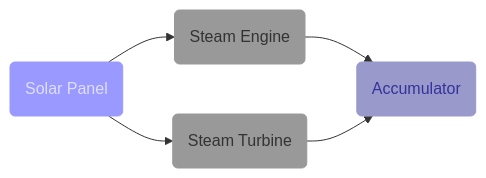
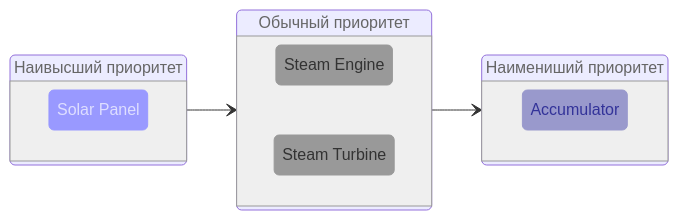
One commit to CanadianBeaver/AwesomeFactorio changed the diagram in docs/PowerProduction/BackupSteamPower.md. Above: the diagram before and after it, drawn with Mermaid. The commit also changed other lines of this file, not shown here.

Commit message:
updated article

````diff
--- a/docs/PowerProduction/BackupSteamPower.md
+++ b/docs/PowerProduction/BackupSteamPower.md
@@ -10,16 +12,36 @@
 ```mermaid
-flowchart LR;
-    Solarpanel(Solar Panel):::solarpanel-->Steamengine(Steam Engine):::steampanel;
-    Solarpanel-->Steamturbine(Steam Turbine):::steampanel;
-    Steamengine-->Accumulator(Accumulator):::accumulatorpanel;
-    Steamturbine-->Accumulator;
-    classDef solarpanel color:#dedeff
-    classDef solarpanel fill:#9999ff
-    classDef solarpanel stroke:#9999ff
-    classDef steampanel color:#333333
-    classDef steampanel fill:#999999
-    classDef steampanel stroke:#999999
-    classDef accumulatorpanel color:#333399
-    classDef accumulatorpanel fill:#9999cc
-    classDef accumulatorpanel stroke:#9999cc
+stateDiagram
+    direction LR
+    First : Наивысший приоритет
+    Second : Обычный приоритет
+    Third : Наимениший приоритет
+    SolarPanel : Solar Panel
+    SteamEngine : Steam Engine
+    SteamTurbine : Steam Turbine
+    Accumulator : Accumulator
+    state First {
+        direction LR
+        SolarPanel
+    }
+    state Second {
+        direction LR
+        SteamEngine
+        SteamTurbine
+    }
+    state Third {
+        direction LR
+        Accumulator
+    }
+    First --> Second
+    Second --> Third
+
+    classDef solarpanel color:#dedeff,fill:#9999ff,stroke:#9999ff
+    classDef steampanel color:#333333,fill:#999999,stroke:#999999
+    classDef accumulatorpanel color:#333399,fill:#9999cc,stroke:#9999cc
+    classDef panel color:#666,fill:#efefef,stroke:#999,font-weight:100,stroke-width:1px
+
+    class SolarPanel solarpanel
+    class SteamEngine, SteamTurbine steampanel
+    class Accumulator accumulatorpanel
+    class First, Second, Third panel
 ```
````
